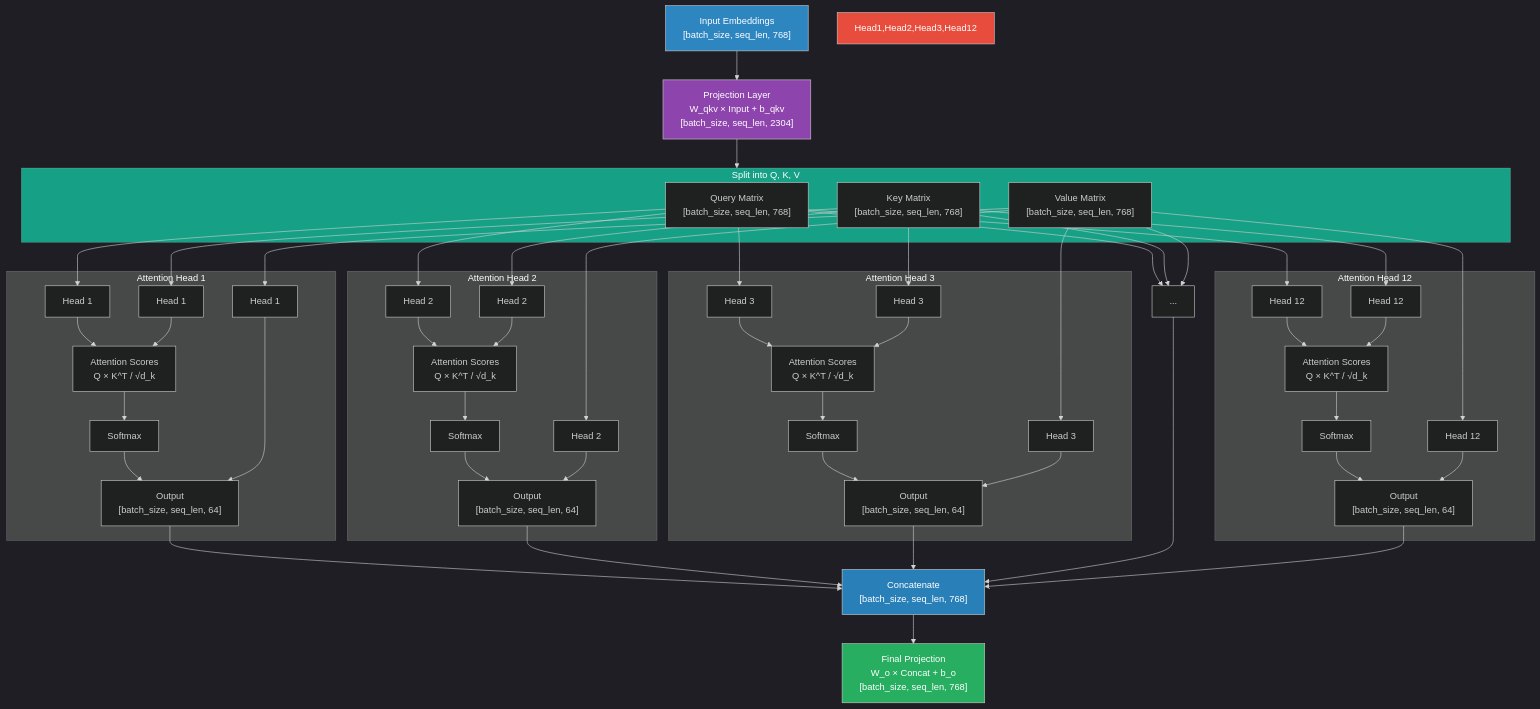
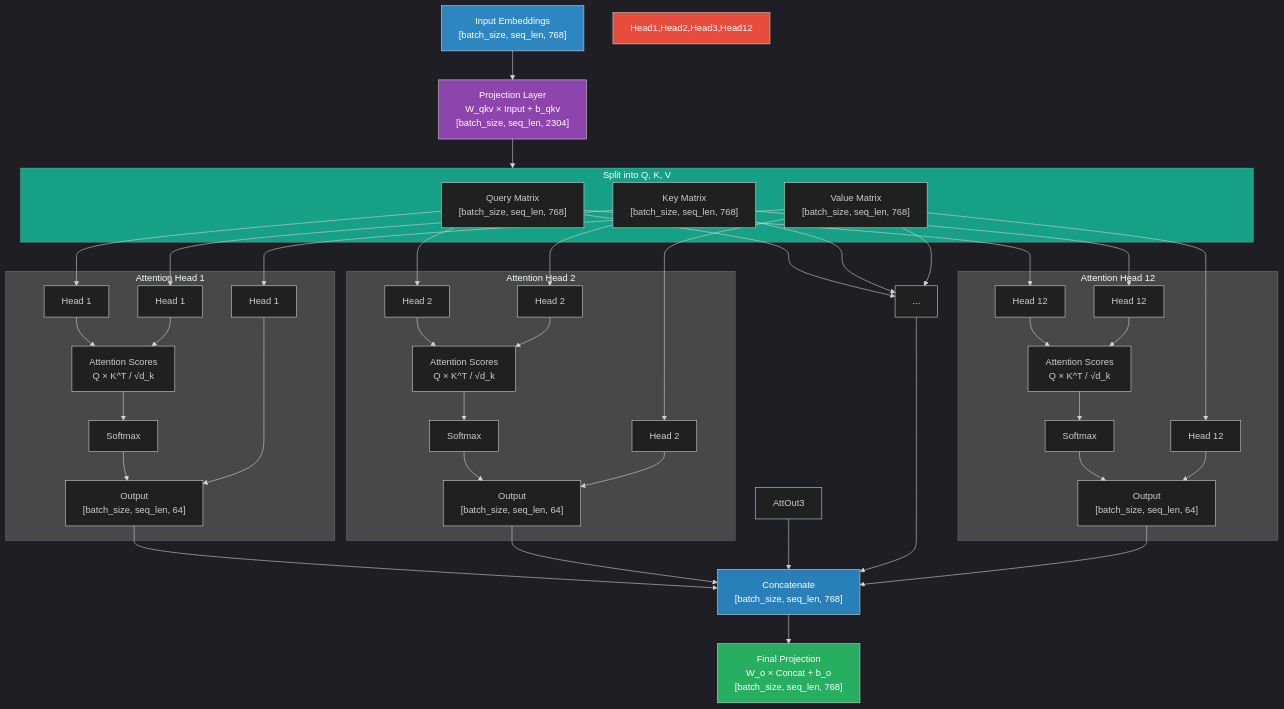
The diagram in Self-Attention.md (sidharth72/GPT-124M-CPP), drawn with Mermaid before and after one commit.

Commit message:
Modifications to the design

```diff
--- a/Self-Attention.md
+++ b/Self-Attention.md
@@ -24,10 +24,7 @@
     Q --> Head2Q["Head 2"]
     K --> Head2K["Head 2"]
     V --> Head2V["Head 2"]
-    
-    Q --> Head3Q["Head 3"]
-    K --> Head3K["Head 3"]
-    V --> Head3V["Head 3"]
+
     
     Q --> Dots["..."]
     K --> Dots
@@ -53,14 +50,6 @@
         [batch_size, seq_len, 64]"]
     end
 
-    subgraph Head3["Attention Head 3"]
-        Head3Q & Head3K --> Score3["Attention Scores
-        Q × K^T / √d_k"]
-        Score3 --> Softmax3["Softmax"]
-        Softmax3 & Head3V --> AttOut3["Output
-        [batch_size, seq_len, 64]"]
-    end
-
     subgraph Head12["Attention Head 12"]
         Head12Q & Head12K --> Score12["Attention Scores
         Q × K^T / √d_k"]
```
